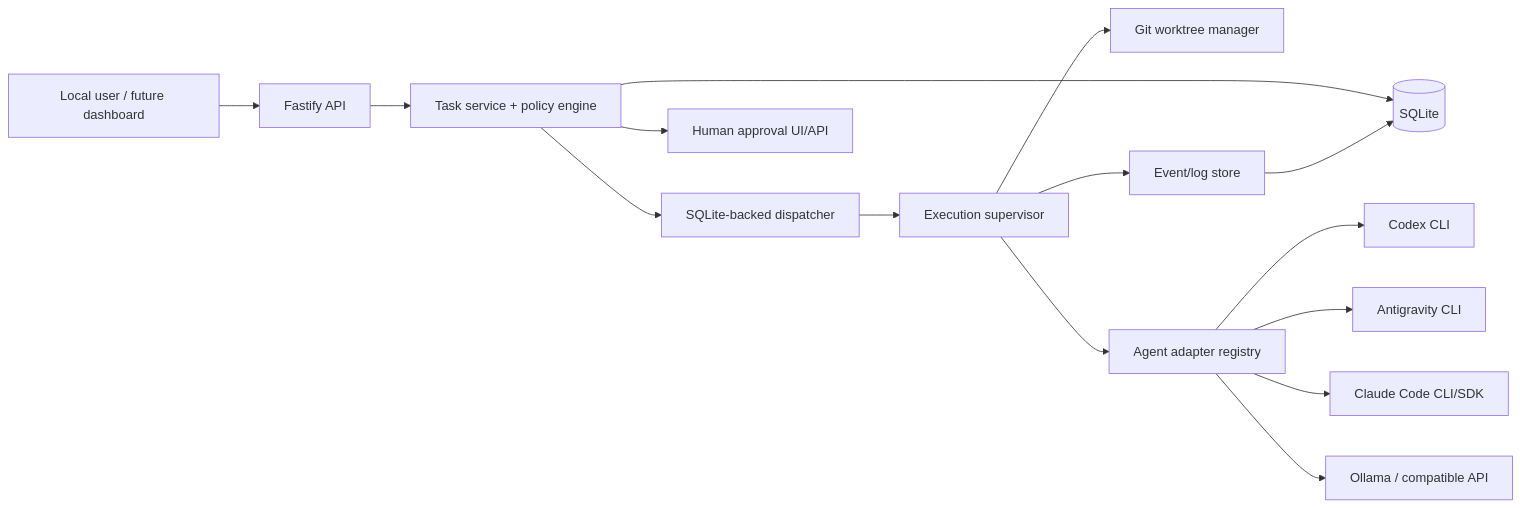
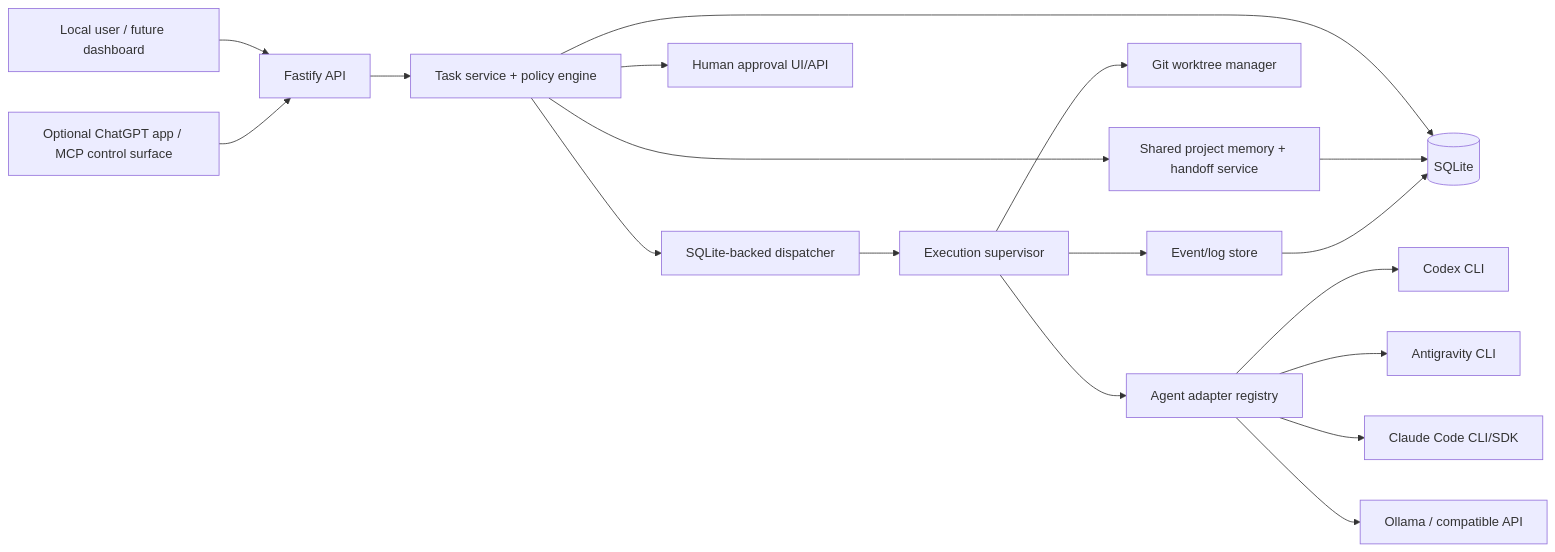
One commit to Shafeel404/personal-ai-orchestrator changed the diagram in ARCHITECTURE.md. Above: the diagram before and after it, drawn with Mermaid. The commit also changed other lines of this file and 1 other file, not shown here.

Commit message:
Revise orchestration architecture and roadmap

````diff
--- a/ARCHITECTURE.md
+++ b/ARCHITECTURE.md
@@ -19,17 +19,20 @@
 ```mermaid
 flowchart LR
   U[Local user / future dashboard] --> API[Fastify API]
+  CH[Optional ChatGPT app / MCP control surface] --> API
   API --> S[Task service + policy engine]
   S --> DB[(SQLite)]
+  S --> PM[Shared project memory + handoff service]
+  PM --> DB
   S --> Q[SQLite-backed dispatcher]
   Q --> W[Execution supervisor]
   W --> WT[Git worktree manager]
   W --> A[Agent adapter registry]
   A --> C[Codex CLI]
   A --> G[Antigravity CLI]
   A --> CL[Claude Code CLI/SDK]
   A --> L[Ollama / compatible API]
   W --> E[Event/log store]
   E --> DB
   S --> H[Human approval UI/API]
 ```
````
